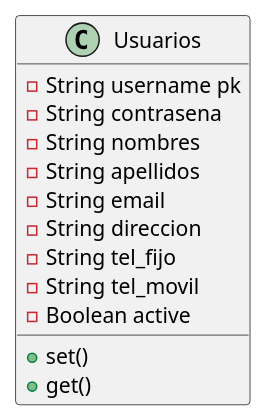
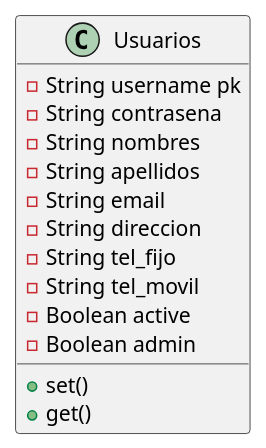
One commit to guevara1981/ProyectoMisionTicCiclo3 changed the diagram in agenda-lab/doc/modelo_datos.puml. Above: the diagram before and after it, drawn with PlantUML. The commit also changed 6 other files, not shown here.

```diff
--- a/agenda-lab/doc/modelo_datos.puml
+++ b/agenda-lab/doc/modelo_datos.puml
@@ -1,18 +1,19 @@
 @startuml
 
 class Usuarios{
     - String username pk
     - String contrasena
     - String nombres
     - String apellidos
     - String email
     - String direccion
     - String tel_fijo
     - String tel_movil
     - Boolean active
+    - Boolean admin
     +set()
     +get()
 
 }
 
 @enduml
```
